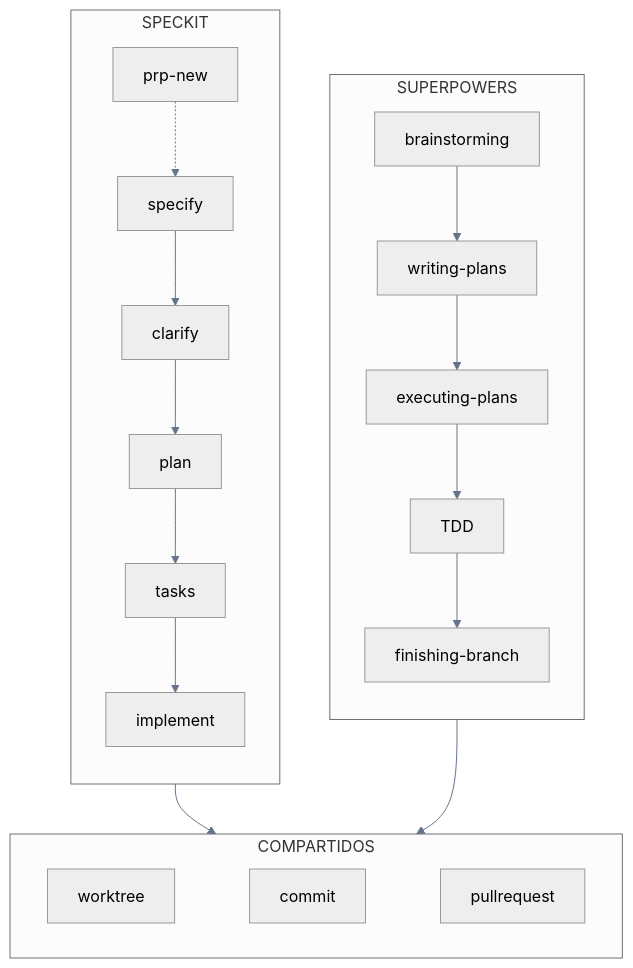
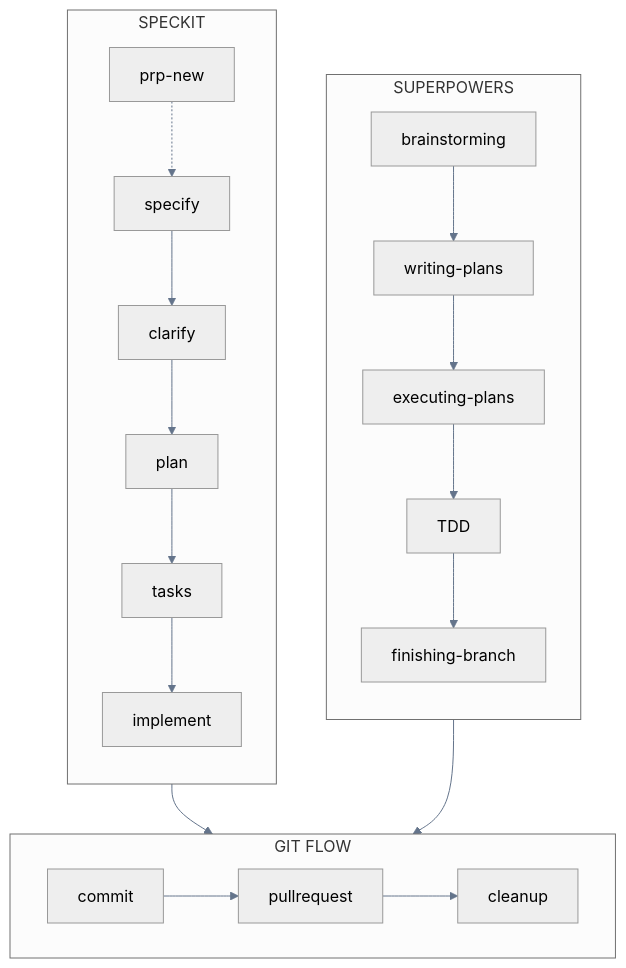
One commit to Dario-Arcos/ai-framework changed the first of 2 diagrams in human-handbook/docs/ai-first-workflow.md. Above: the diagram before and after it, drawn with Mermaid. The commit also changed other lines of this file and 2 other files, not shown here.

````diff
--- a/human-handbook/docs/ai-first-workflow.md
+++ b/human-handbook/docs/ai-first-workflow.md
@@ -9,21 +14,21 @@
 ```mermaid
 %%{init: {'theme': 'neutral', 'themeVariables': { 'primaryColor': '#6366f1', 'primaryTextColor': '#1e293b', 'primaryBorderColor': '#4f46e5', 'lineColor': '#64748b', 'secondaryColor': '#f1f5f9', 'tertiaryColor': '#e2e8f0'}}}%%
 flowchart TB
     subgraph SP["SUPERPOWERS"]
         direction TB
         S1[brainstorming] --> S2[writing-plans] --> S3[executing-plans] --> S4[TDD] --> S5[finishing-branch]
     end
 
     subgraph SK["SPECKIT"]
         direction TB
         K0[prp-new] -.-> K1[specify] --> K2[clarify] --> K3[plan] --> K4[tasks] --> K5[implement]
     end
 
-    subgraph SHARED["COMPARTIDOS"]
+    subgraph GIT["GIT FLOW"]
         direction LR
-        G1[worktree] ~~~ G2[commit] ~~~ G3[pullrequest]
+        G1[commit] --> G2[pullrequest] --> G3[cleanup]
     end
 
-    S5 --> SHARED
-    K5 --> SHARED
+    S5 --> GIT
+    K5 --> GIT
 ```
````
